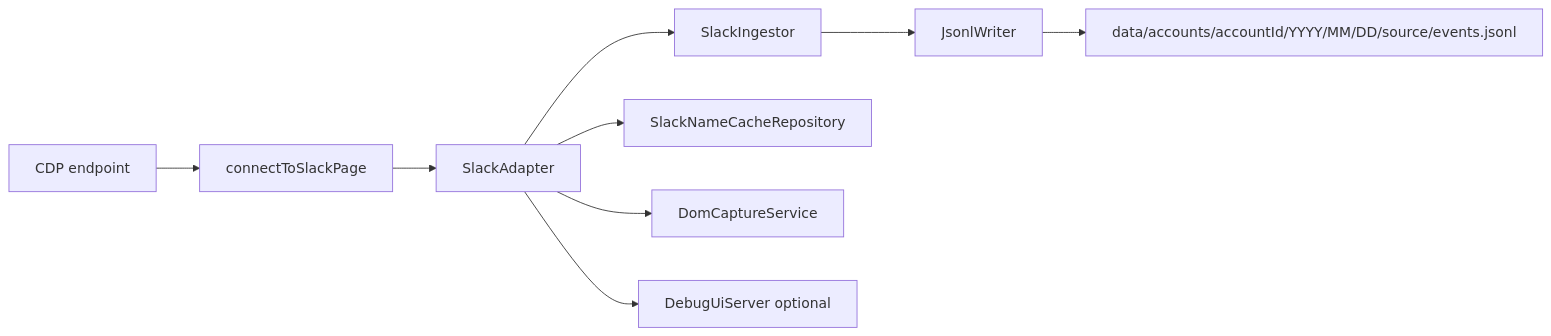
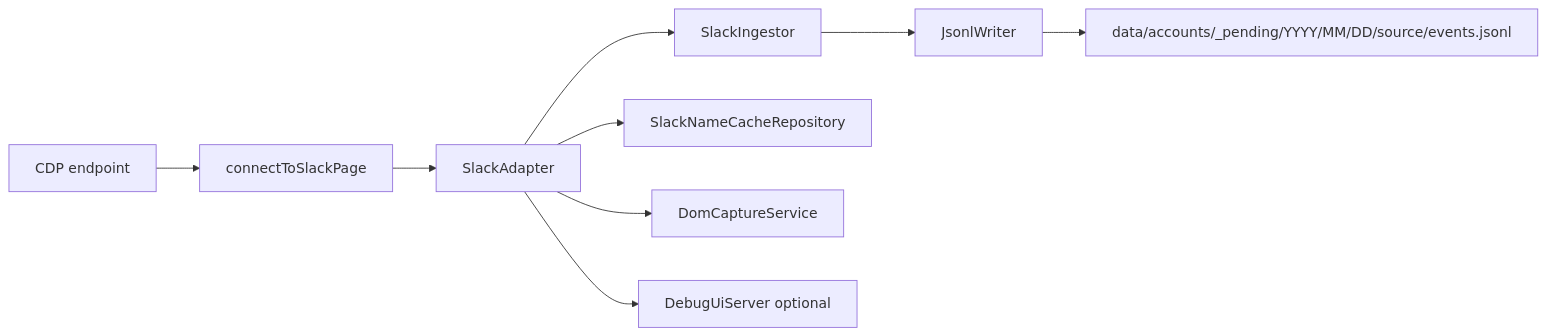
One commit to masahide/adjutant changed the diagram in doc/spec.md. Above: the diagram before and after it, drawn with Mermaid. The commit also changed other lines of this file and 32 other files, not shown here.

````diff
--- a/doc/spec.md
+++ b/doc/spec.md
@@ -76,11 +76,11 @@
 ```mermaid
 flowchart LR
   A[CDP endpoint] --> B[connectToSlackPage]
   B --> C[SlackAdapter]
   C --> D[SlackIngestor]
   D --> E[JsonlWriter]
-  E --> F[data/accounts/accountId/YYYY/MM/DD/source/events.jsonl]
+  E --> F[data/accounts/_pending/YYYY/MM/DD/source/events.jsonl]
   C --> G[SlackNameCacheRepository]
   C --> H[DomCaptureService]
   C --> I[DebugUiServer optional]
 ```
````
